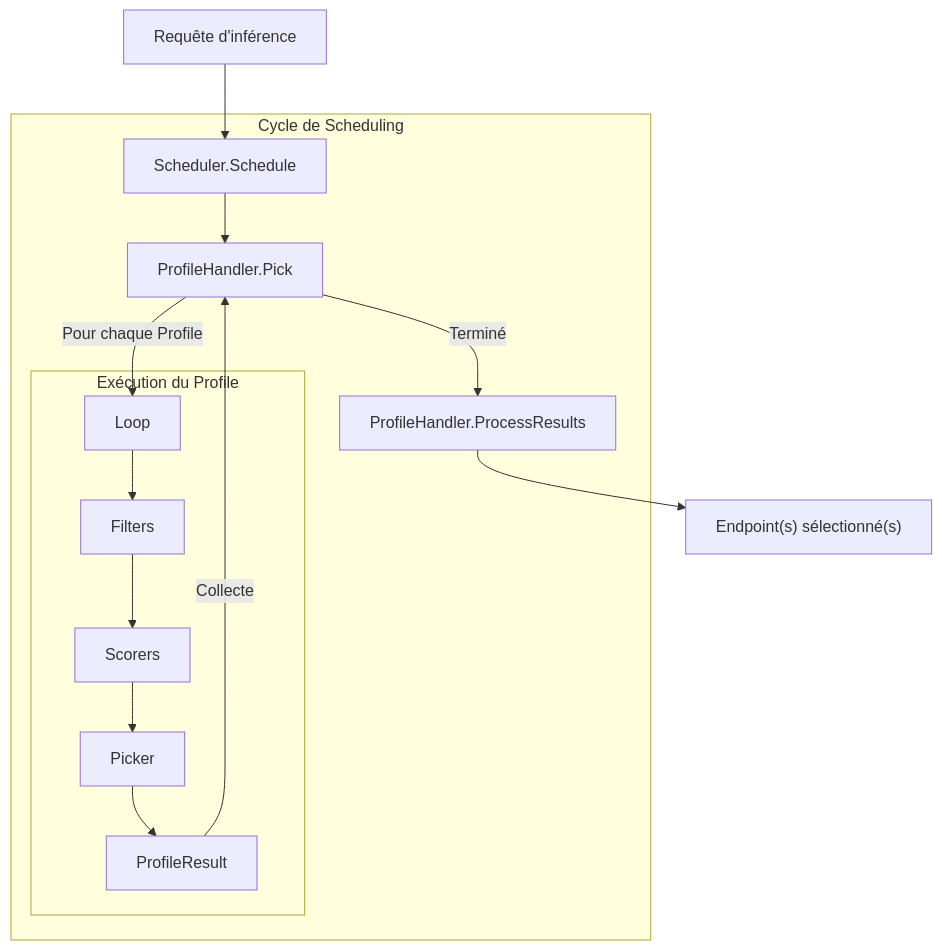
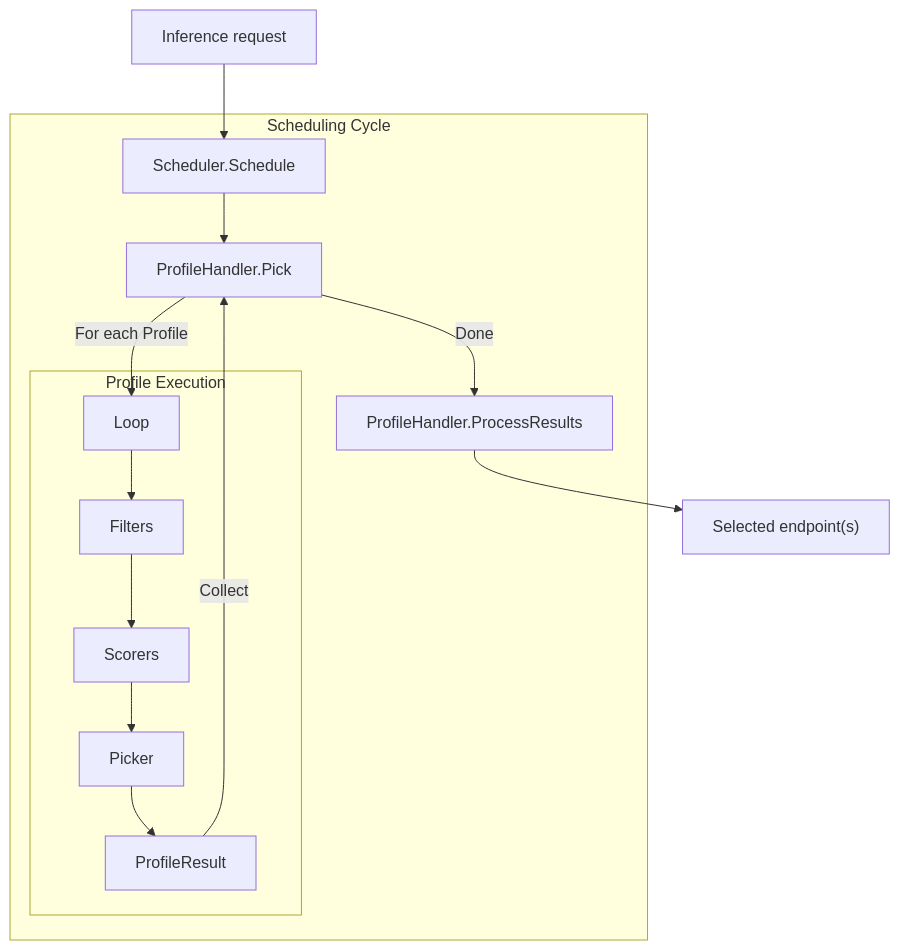
The sixth of 26 diagrams in docs/explain/llm-d.md (ADORSYS-GIS/Custom-Ai-Ops), drawn with Mermaid before and after one commit. The commit also changed other lines of this file, not shown here.

````diff
--- a/docs/explain/llm-d.md
+++ b/docs/explain/llm-d.md
@@ -210,17 +210,17 @@
 ```mermaid
 flowchart TD
-    Req[Requête d'inférence] --> S[Scheduler.Schedule]
-    subgraph Cycle["Cycle de Scheduling"]
+    Req[Inference request] --> S[Scheduler.Schedule]
+    subgraph Cycle["Scheduling Cycle"]
         S --> Pick[ProfileHandler.Pick]
-        Pick -->|Pour chaque Profile| Loop
-        subgraph Exec["Exécution du Profile"]
+        Pick -->|For each Profile| Loop
+        subgraph Exec["Profile Execution"]
             Loop --> Filters[Filters]
             Filters --> Scorers[Scorers]
             Scorers --> Picker[Picker]
             Picker --> Result[ProfileResult]
         end
-        Result -->|Collecte| Pick
-        Pick -->|Terminé| PRs[ProfileHandler.ProcessResults]
+        Result -->|Collect| Pick
+        Pick -->|Done| PRs[ProfileHandler.ProcessResults]
     end
-    PRs --> Target["Endpoint(s) sélectionné(s)"]
+    PRs --> Target["Selected endpoint(s)"]
 ```
````
